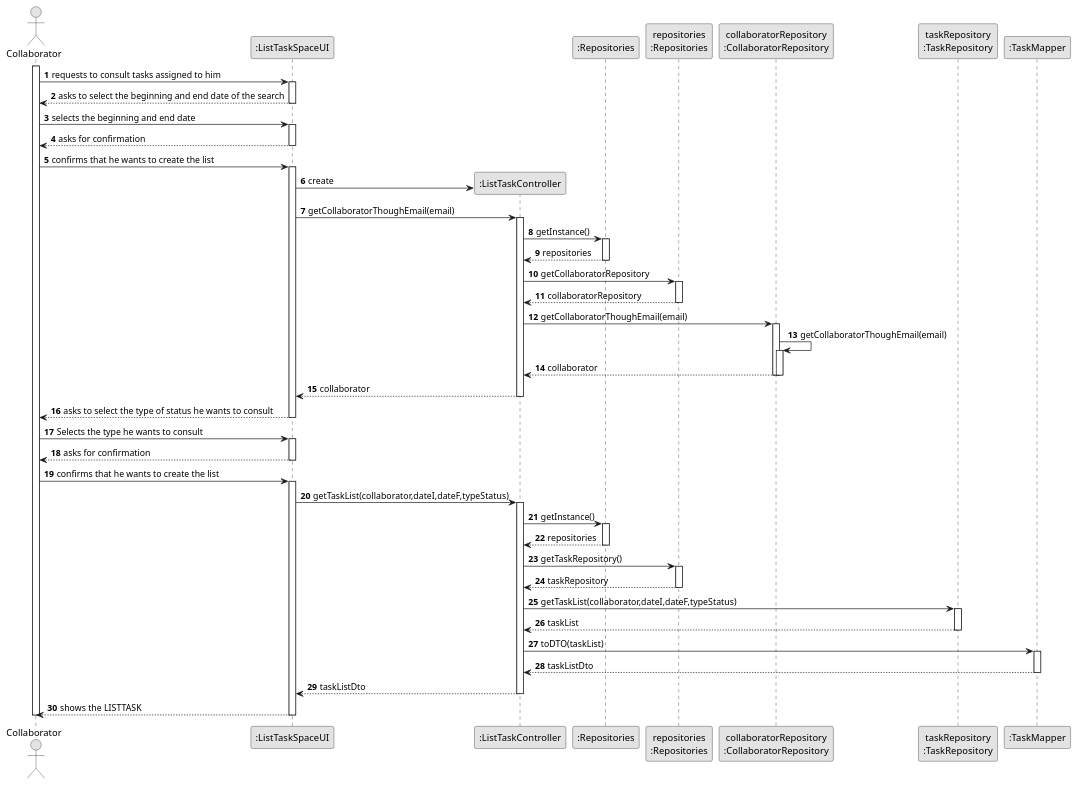
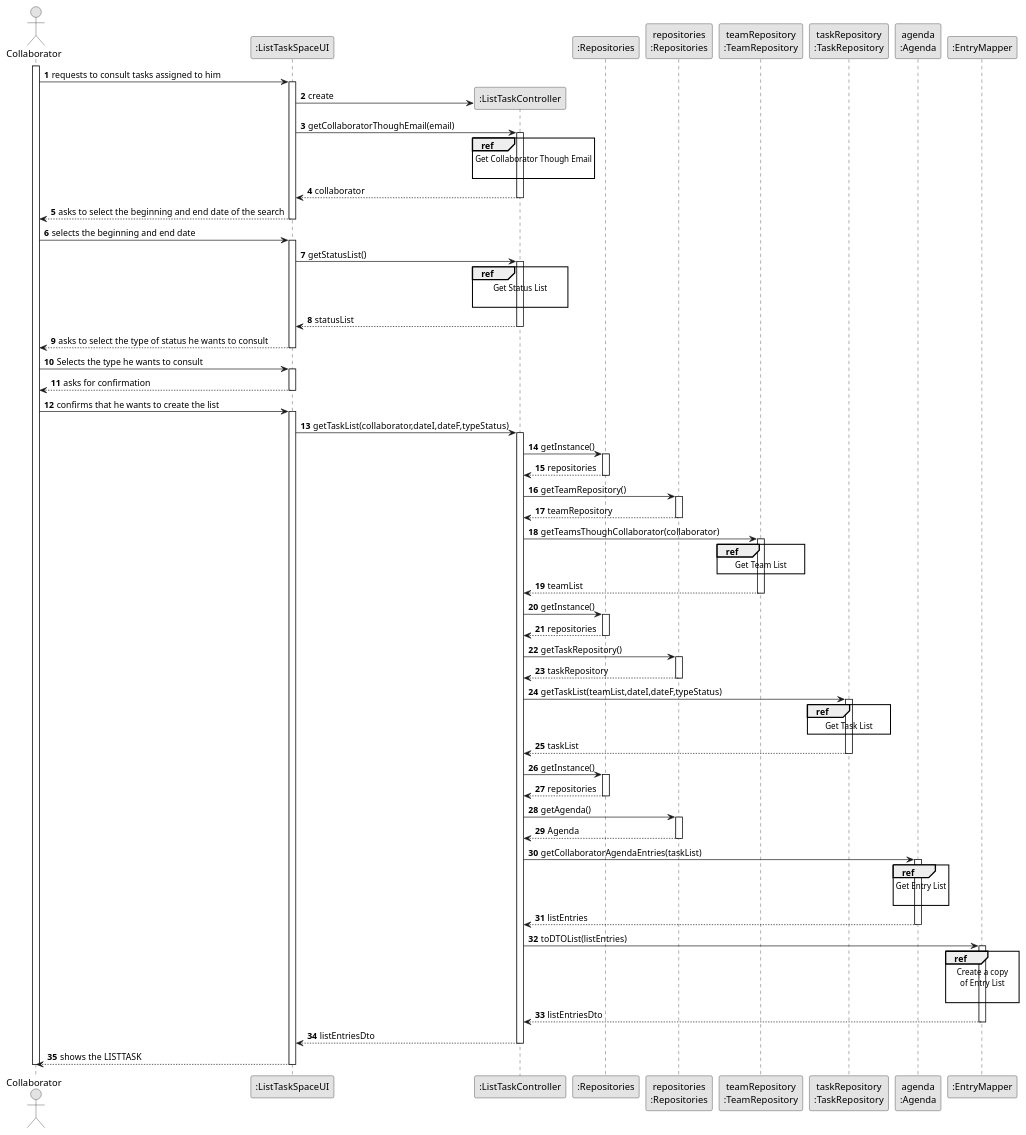
Before and after one commit to diogoveirospro/lei-24-s2-1dg-g072: the diagram in docs/sprintC/us028/03.design/puml/us028-sequence-diagram-split.puml, drawn with PlantUML. The commit also changed 17 other files, not shown here.

```diff
--- a/docs/sprintC/us028/03.design/puml/us028-sequence-diagram-split.puml
+++ b/docs/sprintC/us028/03.design/puml/us028-sequence-diagram-split.puml
@@ -1,111 +1,151 @@
 @startuml
 skinparam monochrome true
 skinparam packageStyle rectangle
 skinparam shadowing false
 
 autonumber
 
-'hide footbox
 actor "Collaborator" as Col
 participant ":ListTaskSpaceUI" as UI
 participant ":ListTaskController" as CTRL
 participant ":Repositories" as RepositorySingleton
 participant "repositories\n:Repositories" as REP
-participant "collaboratorRepository\n:CollaboratorRepository" as collaboratorRepository
+participant "teamRepository\n:TeamRepository" as teamRepository
+
 participant "taskRepository\n:TaskRepository" as taskRepository
-participant ":TaskMapper" as Mapper
+
+participant "agenda\n:Agenda" as AGENDA
+participant ":EntryMapper" as Mapper
+
 
 activate Col
 
-    Col -> UI : requests to consult tasks assigned to him
+Col -> UI : requests to consult tasks assigned to him
     activate UI
 
-        UI --> Col : asks to select the beginning and end date of the search
-        deactivate UI
+    UI -> CTRL** : create
+    UI -> CTRL : getCollaboratorThoughEmail(email)
+        activate CTRL
 
-        Col -> UI : selects the beginning and end date
-        activate UI
+        ref over CTRL
+            Get Collaborator Though Email
 
-            UI --> Col : asks for confirmation
-            deactivate UI
+        end
+        CTRL --> UI : collaborator
+        deactivate CTRL
 
-            Col -> UI : confirms that he wants to create the list
-            activate UI
+    UI --> Col : asks to select the beginning and end date of the search
+    deactivate UI
 
-                UI -> CTRL** : create
-                UI -> CTRL : getCollaboratorThoughEmail(email)
-                activate CTRL
+Col -> UI : selects the beginning and end date
+    activate UI
 
-                    CTRL -> RepositorySingleton: getInstance()
-                    activate RepositorySingleton
+    UI -> CTRL : getStatusList()
+        activate CTRL
 
-                        RepositorySingleton --> CTRL: repositories
-                    deactivate RepositorySingleton
+            ref over CTRL
+                        Get Status List
 
-                    CTRL -> REP: getCollaboratorRepository
-                    activate REP
+            end
 
-                        REP --> CTRL: collaboratorRepository
-                    deactivate REP
+        CTRL --> UI : statusList
+        deactivate CTRL
 
-                    CTRL -> collaboratorRepository: getCollaboratorThoughEmail(email)
-                    activate collaboratorRepository
+    UI --> Col : asks to select the type of status he wants to consult
+    deactivate UI
 
-                        collaboratorRepository -> collaboratorRepository: getCollaboratorThoughEmail(email)
-                        activate collaboratorRepository
+Col -> UI : Selects the type he wants to consult
+    activate UI
 
-                            collaboratorRepository --> CTRL: collaborator
-                        deactivate collaboratorRepository
+    UI --> Col : asks for confirmation
+    deactivate UI
 
-                    deactivate collaboratorRepository
-                    CTRL --> UI: collaborator
-                deactivate CTRL
+Col -> UI : confirms that he wants to create the list
+    activate UI
 
-                UI --> Col : asks to select the type of status he wants to consult
-                deactivate UI
+    UI -> CTRL : getTaskList(collaborator,dateI,dateF,typeStatus)
+        activate CTRL
 
-                Col -> UI : Selects the type he wants to consult
-                activate UI
 
-                    UI --> Col : asks for confirmation
-                    deactivate UI
+        CTRL -> RepositorySingleton : getInstance()
+            activate RepositorySingleton
 
-                    Col -> UI : confirms that he wants to create the list
-                    activate UI
+            RepositorySingleton --> CTRL : repositories
+            deactivate RepositorySingleton
 
-                        UI -> CTRL : getTaskList(collaborator,dateI,dateF,typeStatus)
-                        activate CTRL
+        CTRL -> REP : getTeamRepository()
+            activate REP
 
-                            CTRL -> RepositorySingleton : getInstance()
-                            activate RepositorySingleton
+            REP --> CTRL : teamRepository
+            deactivate REP
 
-                                RepositorySingleton --> CTRL: repositories
-                            deactivate RepositorySingleton
+        CTRL -> teamRepository : getTeamsThoughCollaborator(collaborator)
+            activate teamRepository
+                ref over teamRepository
+                    Get Team List
+                end
+            teamRepository --> CTRL : teamList
+            deactivate teamRepository
 
-                            CTRL -> REP : getTaskRepository()
-                            activate REP
+        CTRL -> RepositorySingleton : getInstance()
+            activate RepositorySingleton
 
-                                REP --> CTRL: taskRepository
-                            deactivate REP
+            RepositorySingleton --> CTRL : repositories
+            deactivate RepositorySingleton
 
-                            CTRL -> taskRepository : getTaskList(collaborator,dateI,dateF,typeStatus)
-                            activate taskRepository
+        CTRL -> REP : getTaskRepository()
+            activate REP
 
-                                taskRepository --> CTRL : taskList
-                            deactivate taskRepository
+            REP --> CTRL : taskRepository
+            deactivate REP
 
-                            CTRL -> Mapper : toDTO(taskList)
-                            activate Mapper
+        CTRL -> taskRepository : getTaskList(teamList,dateI,dateF,typeStatus)
+            activate taskRepository
+                ref over taskRepository
+                    Get Task List
+                end
+            taskRepository --> CTRL : taskList
+        deactivate taskRepository
 
-                                Mapper --> CTRL : taskListDto
-                            deactivate Mapper
 
-                        CTRL --> UI: taskListDto
-                    deactivate CTRL
+        CTRL -> RepositorySingleton : getInstance()
+            activate RepositorySingleton
 
-                    UI --> Col: shows the LISTTASK
-                deactivate UI
+            RepositorySingleton --> CTRL : repositories
+            deactivate RepositorySingleton
+
+        CTRL -> REP : getAgenda()
+            activate REP
+
+            REP --> CTRL : Agenda
+            deactivate REP
+
+        CTRL -> AGENDA : getCollaboratorAgendaEntries(taskList)
+            activate AGENDA
+
+                ref over AGENDA
+                    Get Entry List
+
+                end
+        AGENDA --> CTRL : listEntries
+        deactivate AGENDA
+
+        CTRL -> Mapper : toDTOList(listEntries)
+            activate Mapper
+                ref over Mapper
+                    Create a copy
+                    of Entry List
+
+                end
+
+             Mapper --> CTRL : listEntriesDto
+            deactivate Mapper
+
+        CTRL --> UI : listEntriesDto
+        deactivate CTRL
+
+    UI --> Col : shows the LISTTASK
+    deactivate UI
 
 deactivate Col
-
 @enduml
```
